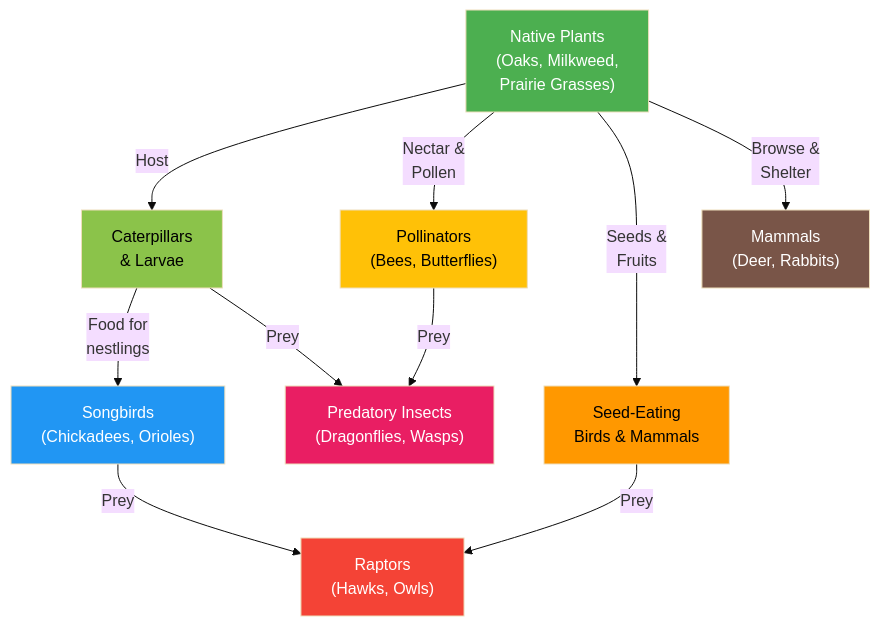
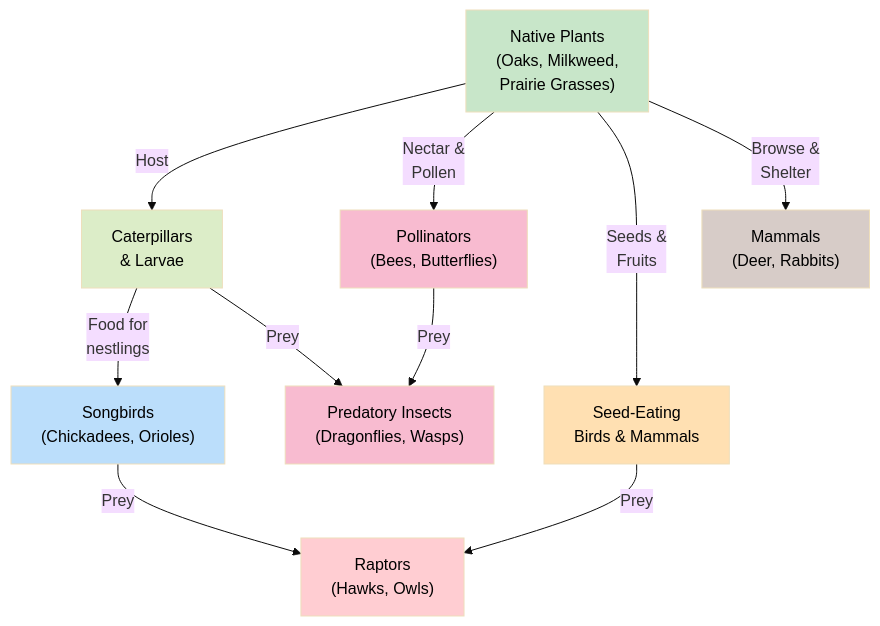
One commit to arunbatchu/minnesota-native-plants changed the second of 2 diagrams in docs/chapters/06-pollinators-wildlife/index.md. Above: the diagram before and after it, drawn with Mermaid (base theme). The commit also changed other lines of this file and 10 other files, not shown here.

First line of the commit message:
Switch Mermaid diagrams to pastel palette — black text on light backgrounds

````diff
--- a/docs/chapters/06-pollinators-wildlife/index.md
+++ b/docs/chapters/06-pollinators-wildlife/index.md
@@ -296,22 +296,22 @@
 ```mermaid
 flowchart TD
     PLANTS["Native Plants<br/>(Oaks, Milkweed,<br/>Prairie Grasses)"]
     PLANTS -->|"Host"| CATER["Caterpillars<br/>& Larvae"]
     PLANTS -->|"Nectar &<br/>Pollen"| POLL["Pollinators<br/>(Bees, Butterflies)"]
     PLANTS -->|"Seeds &<br/>Fruits"| SEED["Seed-Eating<br/>Birds & Mammals"]
     CATER -->|"Food for<br/>nestlings"| SONG["Songbirds<br/>(Chickadees, Orioles)"]
     POLL -->|"Prey"| PRED["Predatory Insects<br/>(Dragonflies, Wasps)"]
     CATER -->|"Prey"| PRED
     SONG -->|"Prey"| RAPTORS["Raptors<br/>(Hawks, Owls)"]
     SEED -->|"Prey"| RAPTORS
     PLANTS -->|"Browse &<br/>Shelter"| MAMMALS["Mammals<br/>(Deer, Rabbits)"]
 
-    style PLANTS fill:#4CAF50,color:#fff
-    style CATER fill:#8BC34A,color:#000
-    style POLL fill:#FFC107,color:#000
-    style SONG fill:#2196F3,color:#fff
-    style SEED fill:#FF9800,color:#000
-    style RAPTORS fill:#F44336,color:#fff
-    style MAMMALS fill:#795548,color:#fff
-    style PRED fill:#E91E63,color:#fff
+    style PLANTS fill:#C8E6C9,color:#000
+    style CATER fill:#DCEDC8,color:#000
+    style POLL fill:#F8BBD0,color:#000
+    style SONG fill:#BBDEFB,color:#000
+    style SEED fill:#FFE0B2,color:#000
+    style RAPTORS fill:#FFCDD2,color:#000
+    style MAMMALS fill:#D7CCC8,color:#000
+    style PRED fill:#F8BBD0,color:#000
 ```
````
